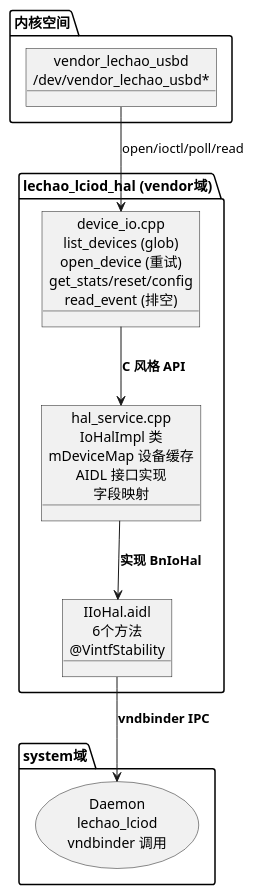
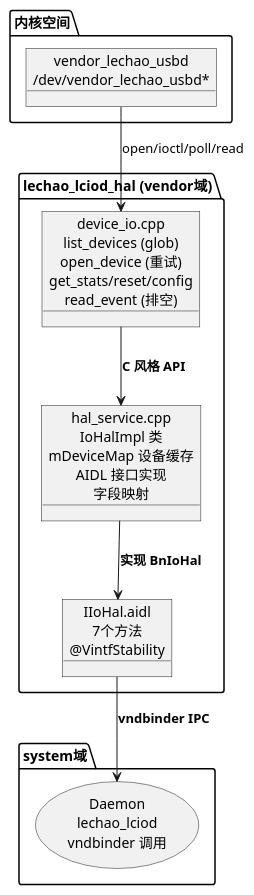
One commit to lechao365/AndroidSystemEnhance changed the fifth of 13 diagrams in docs/02-IO增强/02.02-HAL增强-lciod-hal.md. Above: the diagram before and after it, drawn with PlantUML. The commit also changed other lines of this file and 118 other files, not shown here.

````diff
--- a/docs/02-IO增强/02.02-HAL增强-lciod-hal.md
+++ b/docs/02-IO增强/02.02-HAL增强-lciod-hal.md
@@ -167,23 +167,23 @@
 ```plantuml
 @startuml
 allowmixing
 package "内核空间" as kernel {
     object "vendor_lechao_usbd\n/dev/vendor_lechao_usbd*" as DEV
 }
 
 package "lechao_lciod_hal (vendor域)" as hal {
     object "hal_service.cpp\nIoHalImpl 类\nmDeviceMap 设备缓存\nAIDL 接口实现\n字段映射" as SVC
     object "device_io.cpp\nlist_devices (glob)\nopen_device (重试)\nget_stats/reset/config\nread_event (排空)" as DIO
-    object "IIoHal.aidl\n6个方法\n@VintfStability" as AIDL
+    object "IIoHal.aidl\n7个方法\n@VintfStability" as AIDL
 }
 
 package "system域" as sys {
     usecase "Daemon\nlechao_lciod\nvndbinder 调用" as DAEMON
 }
 
 DEV --> DIO : open/ioctl/poll/read
 DIO --> SVC : **C 风格 API**
 SVC --> AIDL : **实现 BnIoHal**
 AIDL --> DAEMON : **vndbinder IPC**
 @enduml
 ```
````
